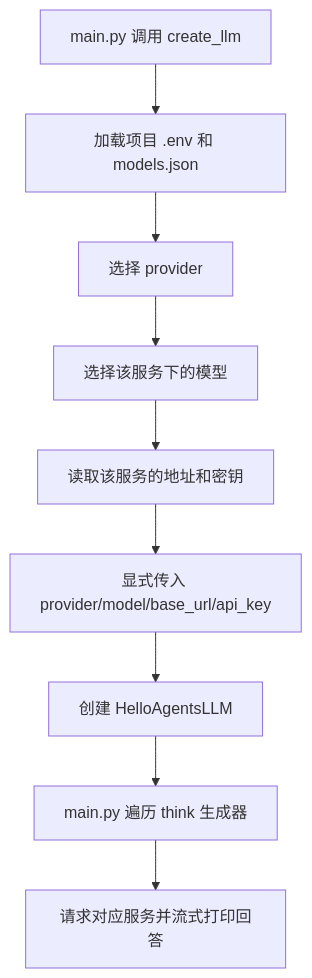
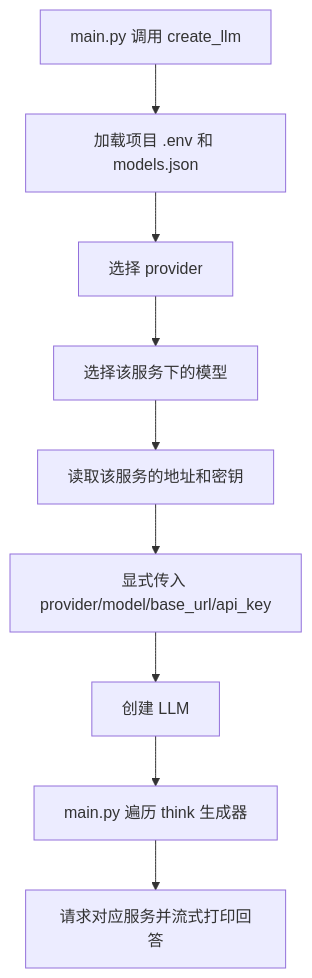
One commit to SWAlbert-0/agent-practice changed the diagram in docs/模型服务配置与切换说明.md. Above: the diagram before and after it, drawn with Mermaid. The commit also changed other lines of this file and 40 other files, not shown here.

````diff
--- a/docs/模型服务配置与切换说明.md
+++ b/docs/模型服务配置与切换说明.md
@@ -114,11 +114,11 @@
 ```mermaid
 flowchart TD
     A[main.py 调用 create_llm] --> B[加载项目 .env 和 models.json]
     B --> C[选择 provider]
     C --> D[选择该服务下的模型]
     D --> E[读取该服务的地址和密钥]
     E --> F[显式传入 provider/model/base_url/api_key]
-    F --> G[创建 HelloAgentsLLM]
+    F --> G[创建 LLM]
     G --> H[main.py 遍历 think 生成器]
     H --> I[请求对应服务并流式打印回答]
 ```
````
